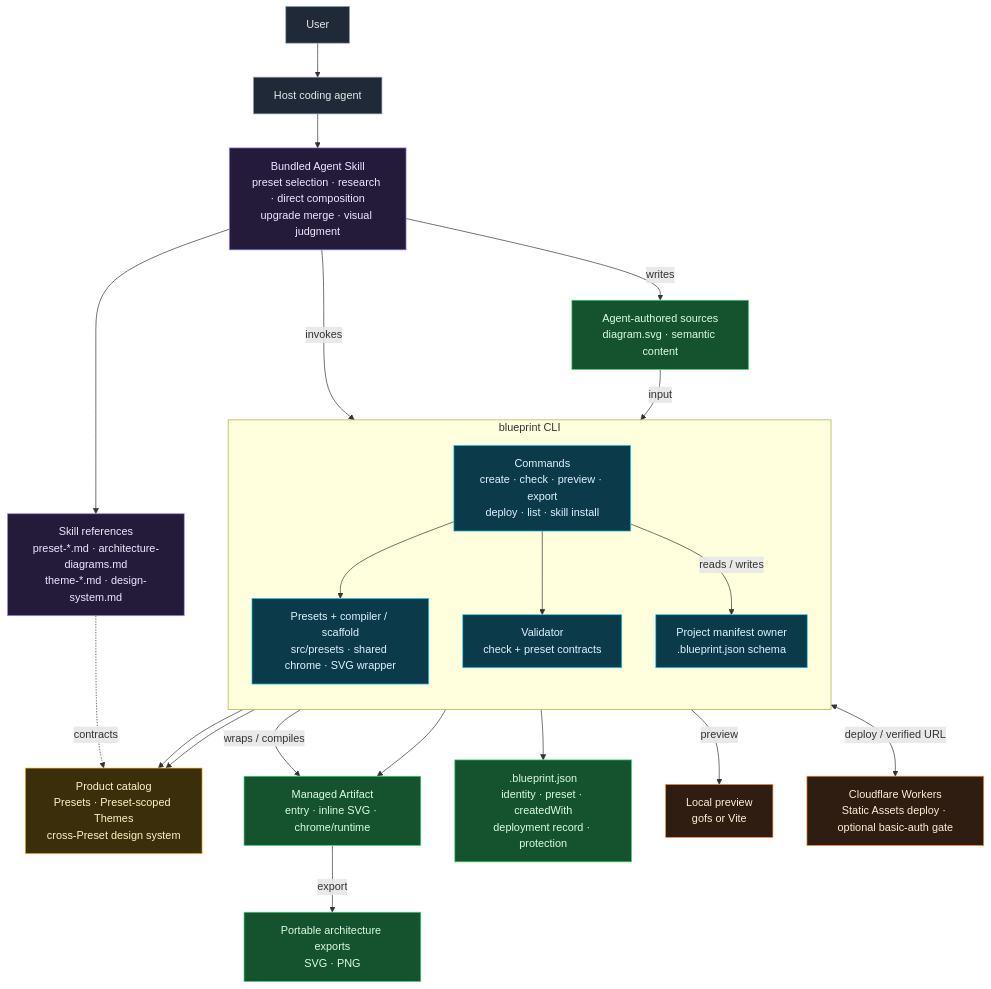
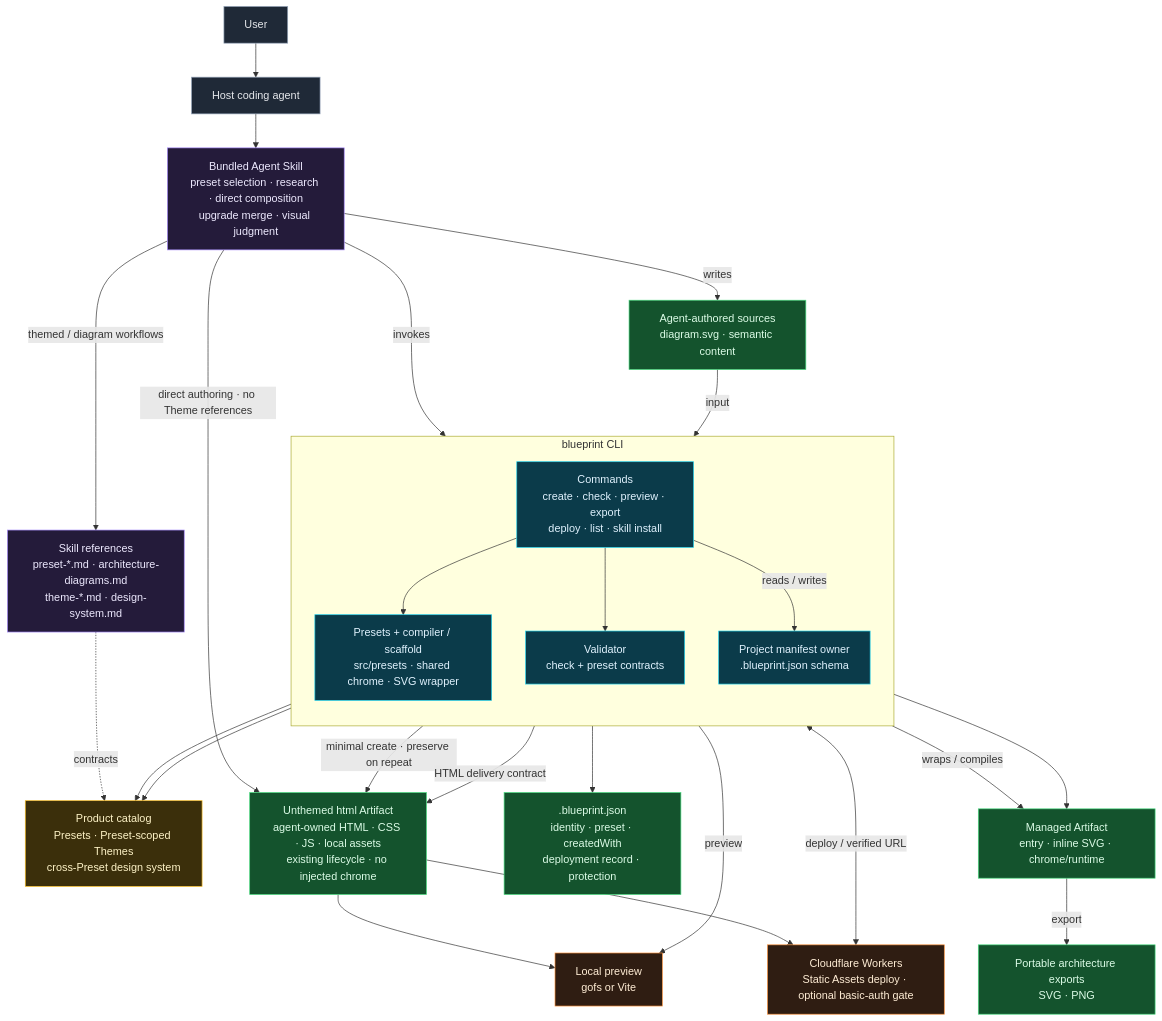
Before and after one commit to samzong/blueprint: the diagram in docs/architecture/live/blueprint.mmd, drawn with Mermaid. The commit also changed 10 other files, not shown here.

First line of the commit message:
feat(html): manage unthemed standalone HTML artifacts (#25)

```diff
--- a/docs/architecture/live/blueprint.mmd
+++ b/docs/architecture/live/blueprint.mmd
@@ -1,54 +1,60 @@
 %% blueprint — CLI + Agent Skill architecture
 %% Single source of truth for this repository's system boundary.
 %% UPDATE THIS FILE in the same change whenever the architecture changes.
 %% See README.md in this directory.
 flowchart TB
     classDef actor fill:#1f2937,stroke:#94a3b8,stroke-width:1px,color:#e5e7eb
     classDef skill fill:#241b3a,stroke:#a78bfa,stroke-width:1px,color:#ede9fe
     classDef cli fill:#0b3b4a,stroke:#22d3ee,stroke-width:1px,color:#e0f2fe
     classDef catalog fill:#3b2f0b,stroke:#fbbf24,stroke-width:1px,color:#fef3c7
     classDef artifact fill:#14532d,stroke:#4ade80,stroke-width:1px,color:#dcfce7
     classDef external fill:#2f1d12,stroke:#fb923c,stroke-width:1px,color:#ffedd5
 
     User["User"]:::actor
     Agent["Host coding agent"]:::actor
 
     Skill["Bundled Agent Skill<br/>preset selection · research · direct composition<br/>upgrade merge · visual judgment"]:::skill
     Refs["Skill references<br/>preset-*.md · architecture-diagrams.md<br/>theme-*.md · design-system.md"]:::skill
 
     subgraph CLI["blueprint CLI"]
         direction TB
         Commands["Commands<br/>create · check · preview · export<br/>deploy · list · skill install"]:::cli
         Compiler["Presets + compiler / scaffold<br/>src/presets · shared chrome · SVG wrapper"]:::cli
         Validator["Validator<br/>check + preset contracts"]:::cli
         Manifest["Project manifest owner<br/>.blueprint.json schema"]:::cli
         Commands --> Compiler
         Commands --> Validator
         Commands -->|"reads / writes"| Manifest
     end
 
     Catalog["Product catalog<br/>Presets · Preset-scoped Themes<br/>cross-Preset design system"]:::catalog
 
     Sources["Agent-authored sources<br/>diagram.svg · semantic content"]:::artifact
     Artifact["Managed Artifact<br/>entry · inline SVG · chrome/runtime"]:::artifact
     ProjectMeta[".blueprint.json<br/>identity · preset · createdWith<br/>deployment record · protection"]:::artifact
+    Html["Unthemed html Artifact<br/>agent-owned HTML · CSS · JS · local assets<br/>existing lifecycle · no injected chrome"]:::artifact
     Portable["Portable architecture exports<br/>SVG · PNG"]:::artifact
 
     Preview["Local preview<br/>gofs or Vite"]:::external
     Wrangler["Cloudflare Workers<br/>Static Assets deploy · optional basic-auth gate"]:::external
 
     User --> Agent
     Agent --> Skill
-    Skill --> Refs
+    Skill -->|"themed / diagram workflows"| Refs
     Skill -->|"invokes"| Commands
     Skill -->|"writes"| Sources
+    Skill -->|"direct authoring · no Theme references"| Html
+    Commands -->|"minimal create · preserve on repeat"| Html
+    Validator -->|"HTML delivery contract"| Html
+    Html --> Preview
+    Html --> Wrangler
     Refs -.->|"contracts"| Catalog
     Compiler --> Catalog
     Validator --> Catalog
     Sources -->|"input"| Compiler
     Compiler -->|"wraps / compiles"| Artifact
     Artifact -->|"export"| Portable
     Validator --> Artifact
     Manifest --> ProjectMeta
     Commands -->|"preview"| Preview
     Commands <-->|"deploy / verified URL"| Wrangler
```
